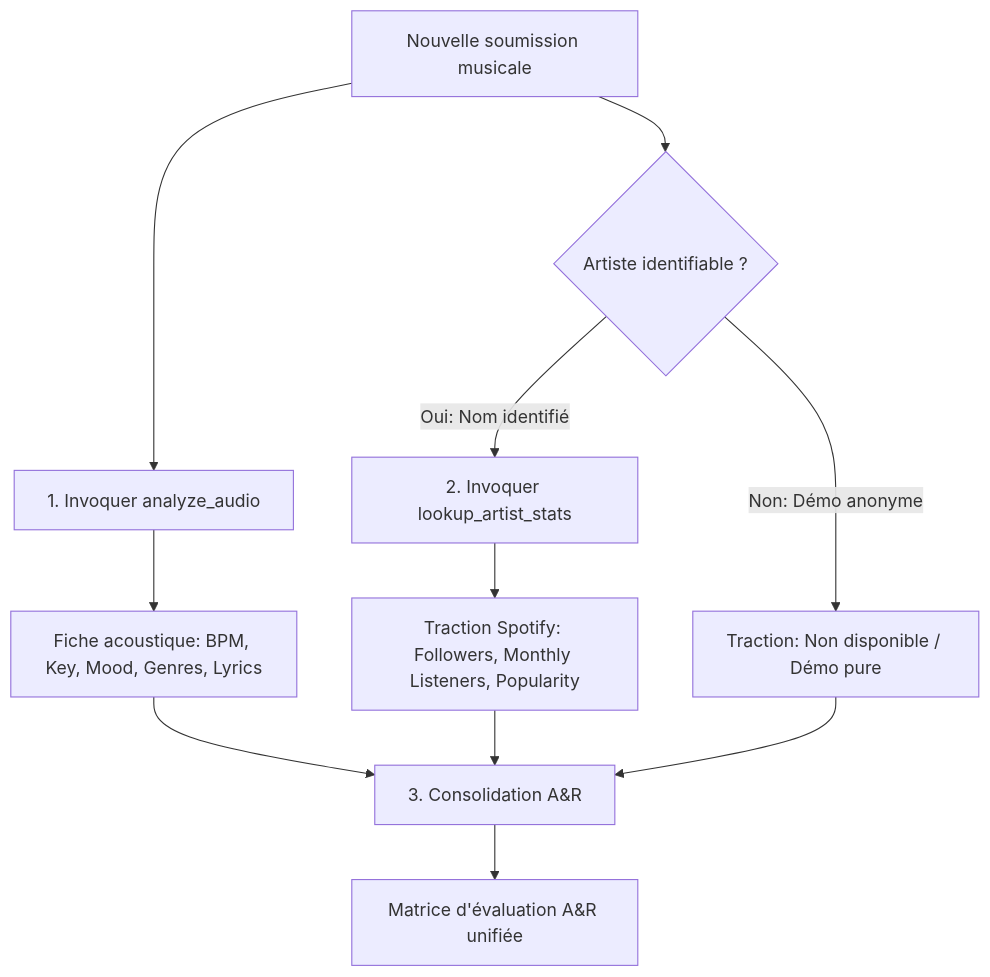
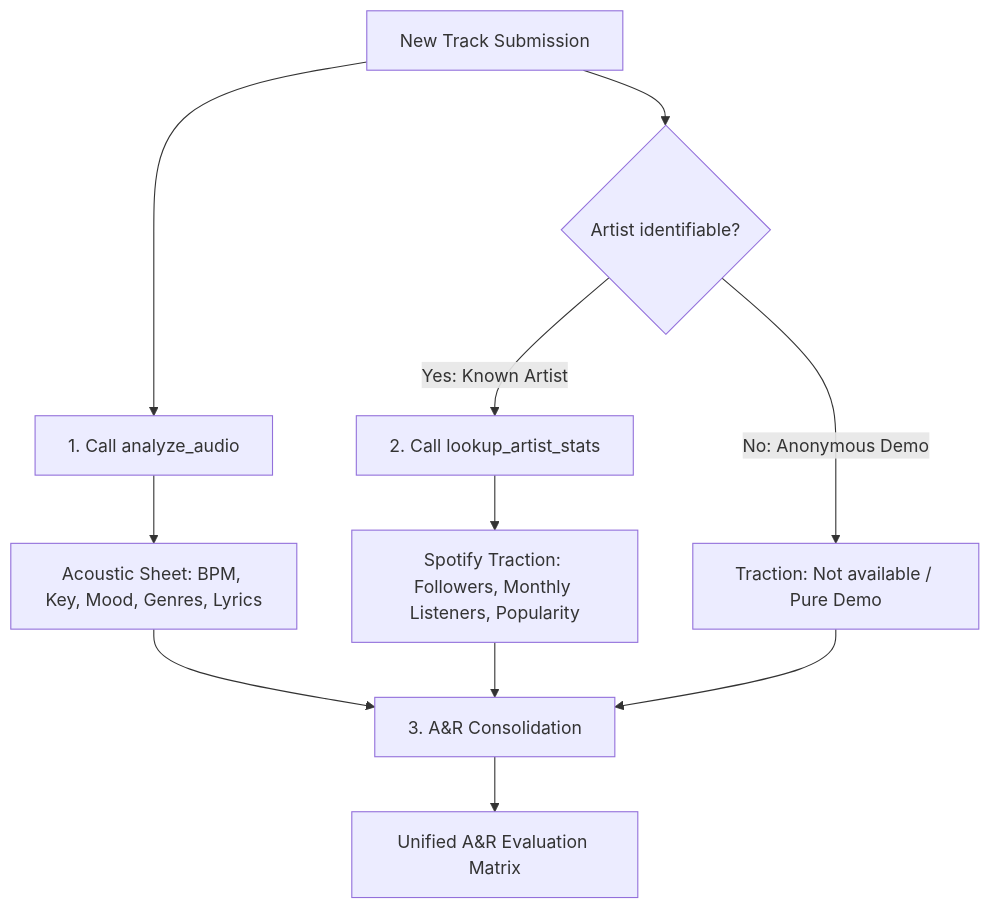
The diagram in README.md (Lory97/tag-per-track-mcp), drawn with Mermaid before and after one commit. The commit also changed other lines of this file and 1 other file, not shown here.

````diff
--- a/README.md
+++ b/README.md
@@ -147,18 +147,18 @@
 ```mermaid
 graph TD
-    Submission[Nouvelle soumission musicale] --> DetectArtist{Artiste identifiable ?}
+    Submission[New Track Submission] --> DetectArtist{Artist identifiable?}
     
-    Submission --> Step1[1. Invoquer analyze_audio]
-    Step1 --> AcousticData[Fiche acoustique: BPM, Key, Mood, Genres, Lyrics]
+    Submission --> Step1[1. Call analyze_audio]
+    Step1 --> AcousticData[Acoustic Sheet: BPM, Key, Mood, Genres, Lyrics]
     
-    DetectArtist -->|Oui: Nom identifié| Step2[2. Invoquer lookup_artist_stats]
-    DetectArtist -->|Non: Démo anonyme| Step2Skip[Traction: Non disponible / Démo pure]
+    DetectArtist -->|Yes: Known Artist| Step2[2. Call lookup_artist_stats]
+    DetectArtist -->|No: Anonymous Demo| Step2Skip[Traction: Not available / Pure Demo]
     
-    Step2 --> TractionData[Traction Spotify: Followers, Monthly Listeners, Popularity]
+    Step2 --> TractionData[Spotify Traction: Followers, Monthly Listeners, Popularity]
     
-    AcousticData --> Consolidate[3. Consolidation A&R]
+    AcousticData --> Consolidate[3. A&R Consolidation]
     TractionData --> Consolidate
     Step2Skip --> Consolidate
     
-    Consolidate --> Matrix[Matrice d'évaluation A&R unifiée]
+    Consolidate --> Matrix[Unified A&R Evaluation Matrix]
 ```
````
